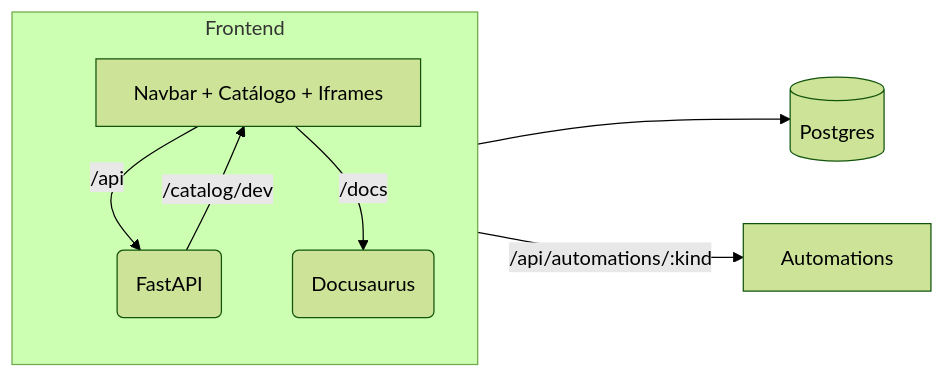
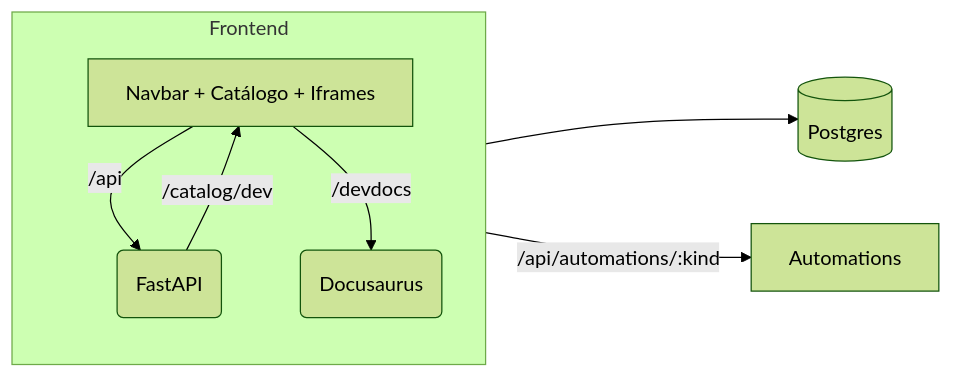
One commit to oBaldon/portal-agepar changed the second of 4 diagrams in apps/docs-site/docs/13-documentação-docusaurus/04-diagramas-mermaid-e-assets.md. Above: the diagram before and after it, drawn with Mermaid (forest theme). The commit also changed 59 other files, not shown here.

````diff
--- a/apps/docs-site/docs/13-documentação-docusaurus/04-diagramas-mermaid-e-assets.md
+++ b/apps/docs-site/docs/13-documentação-docusaurus/04-diagramas-mermaid-e-assets.md
@@ -62,18 +62,18 @@
 ```mermaid
 flowchart LR
   subgraph Frontend
     direction TB
     UI[Navbar + Catálogo + Iframes]
     UI -->|/api| BFF
-    UI -->|/docs| DOCS
+    UI -->|/devdocs| DOCS
   end
 
   BFF(FastAPI)
   DOCS(Docusaurus)
   DB[(Postgres)]
   AUTO[Automations]
 
   BFF --> DB
   BFF -->|/catalog/dev| UI
   BFF -->|/api/automations/:kind| AUTO
 ```
````
